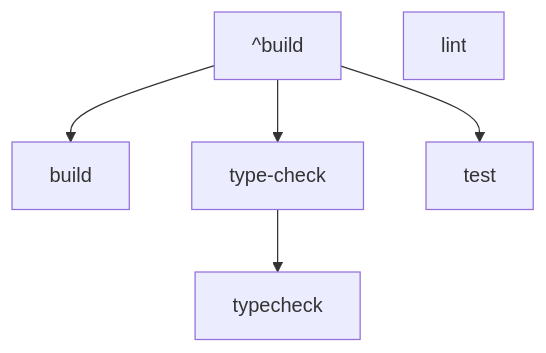
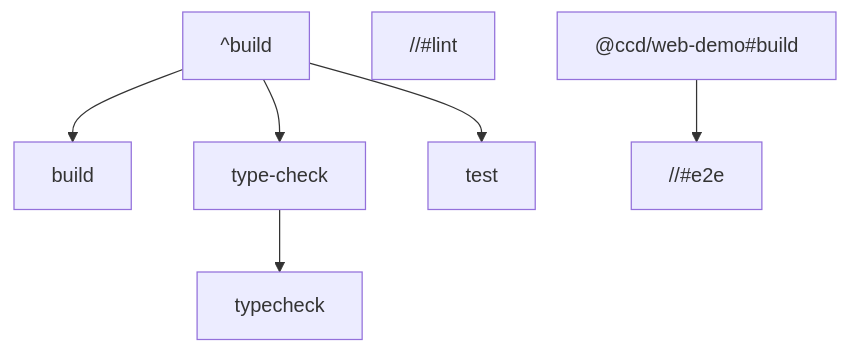
One commit to ichichuang/ccd changed the diagram in docs/generated/graphs/turbo-task-graph.mmd. Above: the diagram before and after it, drawn with Mermaid. The commit also changed 74 other files, not shown here.

```diff
--- a/docs/generated/graphs/turbo-task-graph.mmd
+++ b/docs/generated/graphs/turbo-task-graph.mmd
@@ -1,10 +1,12 @@
 graph TD
   Task_build["build"]
   Parent_build["^build"] --> Task_build
   Task_type_check["type-check"]
   Parent_build["^build"] --> Task_type_check
   Task_typecheck["typecheck"]
   Task_type_check["type-check"] --> Task_typecheck
   Task_test["test"]
   Parent_build["^build"] --> Task_test
-  Task_lint["lint"]
+  Task_lint["//#lint"]
+  Task_e2e["//#e2e"]
+  Task_ccd_web_demo_build["@ccd/web-demo#build"] --> Task_e2e
```
